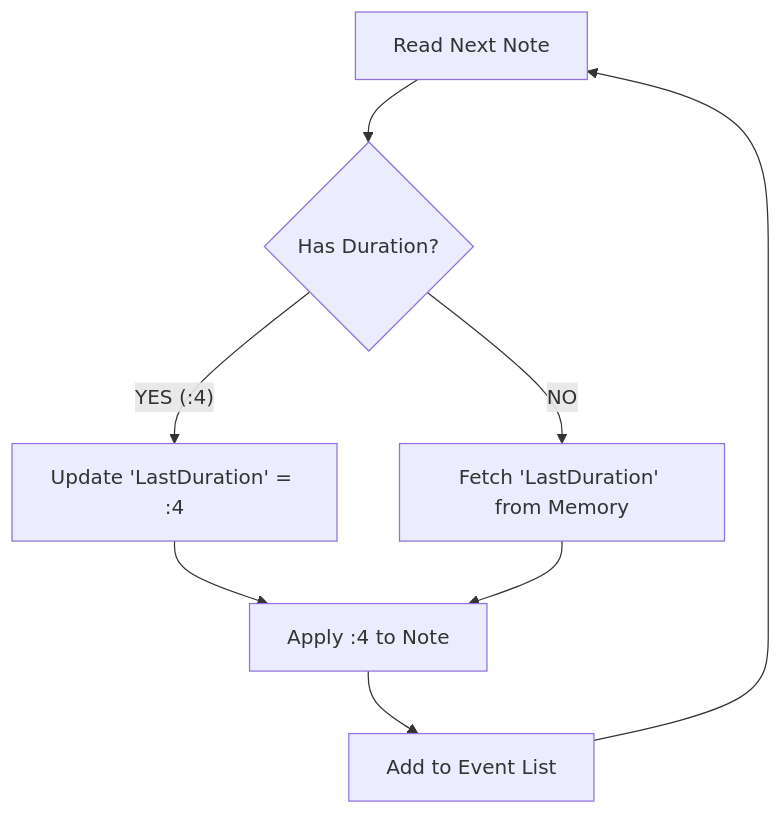
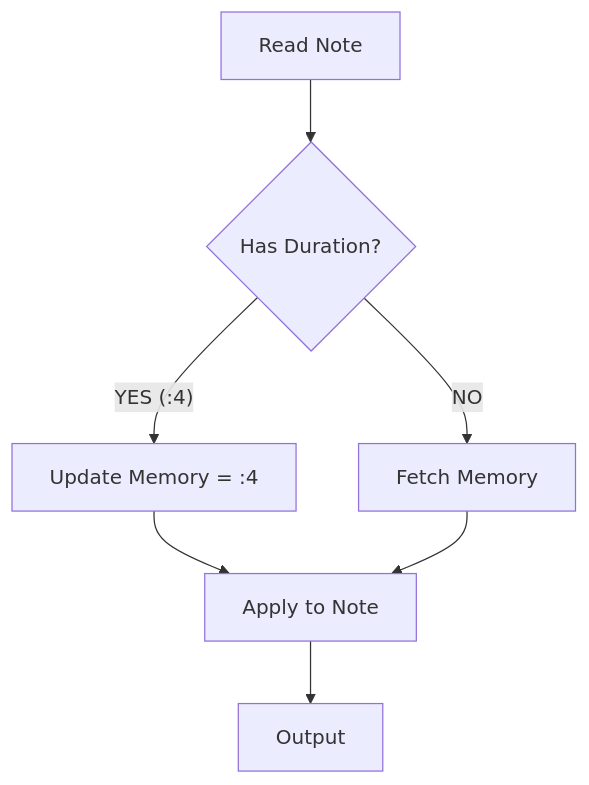
Before and after one commit to alec-borman/OmniScoreNotationLanguage: the fourth of 4 diagrams in Readme.md, drawn with Mermaid. The commit also changed other lines of this file, not shown here.

````diff
--- a/Readme.md
+++ b/Readme.md
@@ -488,13 +254,9 @@
 ```mermaid
 flowchart TD
-    Start[Read Next Note] --> Check{Has Duration?}
-    
-    Check --YES (:4)--> SetMem[Update 'LastDuration' = :4]
-    SetMem --> Apply[Apply :4 to Note]
-    
-    Check --NO--> Fetch[Fetch 'LastDuration' from Memory]
-    Fetch --> Apply
-    
-    Apply --> Output[Add to Event List]
-    Output --> Start
+    Start[Read Note] --> Check{Has Duration?}
+    Check --YES (:4)--> SetMem[Update Memory = :4]
+    Check --NO--> Fetch[Fetch Memory]
+    SetMem --> Apply
+    Fetch --> Apply[Apply to Note]
+    Apply --> Output
 ```
````
